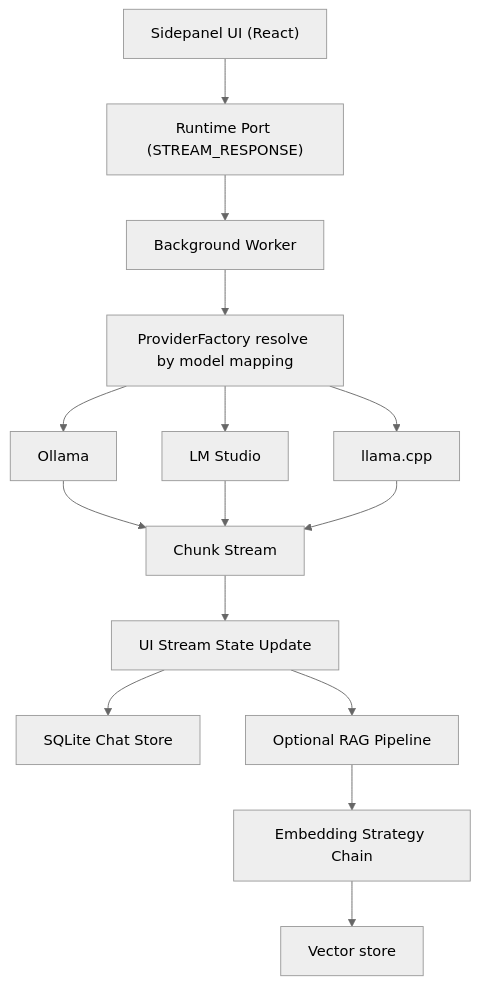
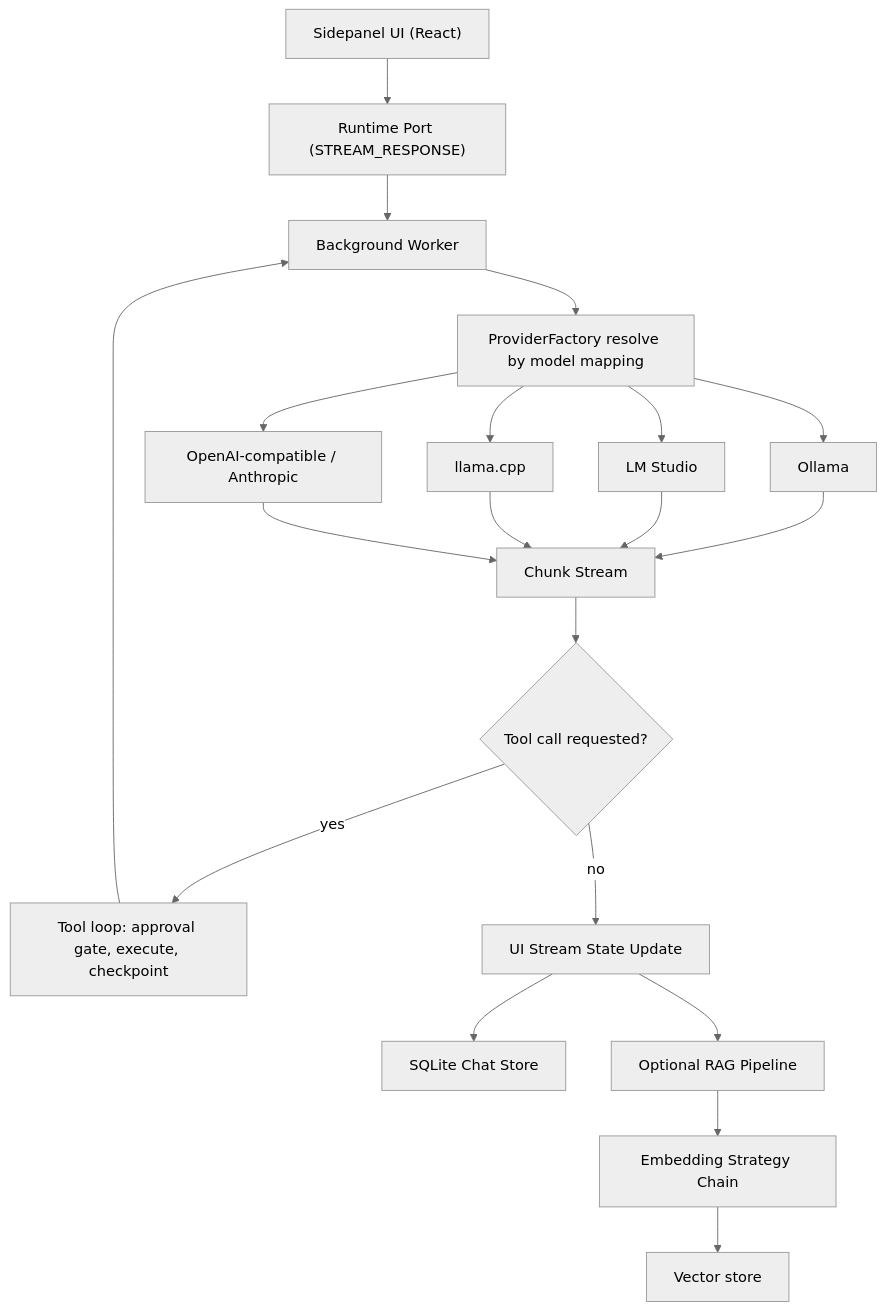
Before and after one commit to Shishir435/ollama-client: the diagram in docs/src/content/docs/concepts/architecture.md, drawn with Mermaid (neutral theme). The commit also changed other lines of this file and 17 other files, not shown here.

````diff
--- a/docs/src/content/docs/concepts/architecture.md
+++ b/docs/src/content/docs/concepts/architecture.md
@@ -66,17 +69,22 @@
 ```mermaid
 flowchart TD
     A["Sidepanel UI (React)"] --> B["Runtime Port (STREAM_RESPONSE)"]
     B --> C["Background Worker"]
     C --> D["ProviderFactory resolve by model mapping"]
     D --> E["Ollama"]
     D --> F["LM Studio"]
     D --> G["llama.cpp"]
+    D --> N["OpenAI-compatible / Anthropic"]
     E --> H["Chunk Stream"]
     F --> H
     G --> H
-    H --> I["UI Stream State Update"]
+    N --> H
+    H --> T{"Tool call requested?"}
+    T -->|yes| U["Tool loop: approval gate, execute, checkpoint"]
+    U --> C
+    T -->|no| I["UI Stream State Update"]
     I --> J["SQLite Chat Store"]
     I --> K["Optional RAG Pipeline"]
     K --> L["Embedding Strategy Chain"]
     L --> M["Vector store"]
 ```
````
